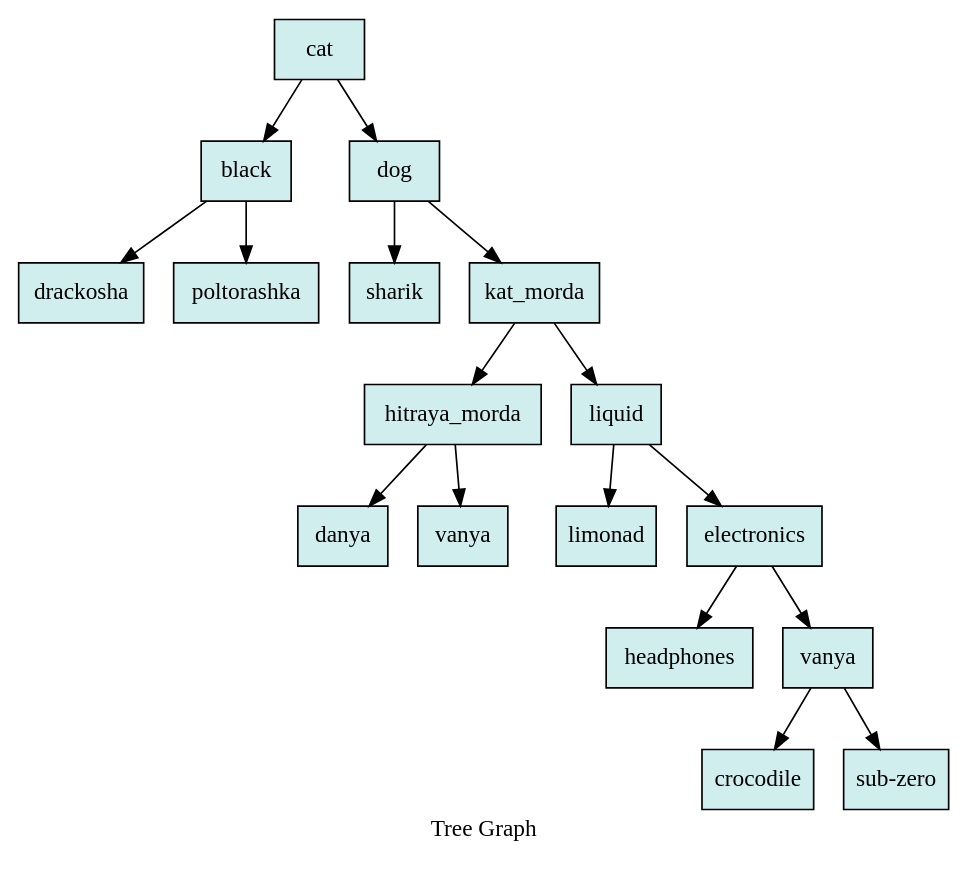
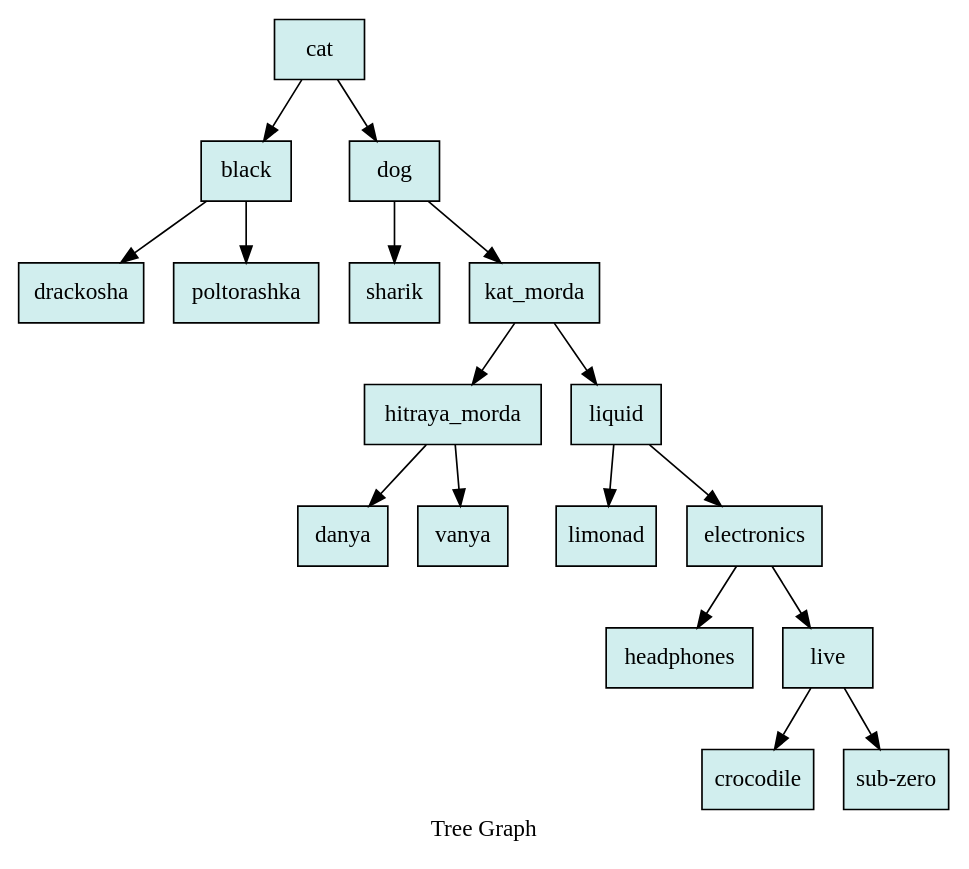
Before and after one commit to StaVan28/iLab: the diagram in 7_akinator/Txt/graph_tree_rls.dot, drawn with Graphviz. The commit also changed 17 other files, not shown here.

```diff
--- a/7_akinator/Txt/graph_tree_rls.dot
+++ b/7_akinator/Txt/graph_tree_rls.dot
@@ -1,75 +1,75 @@
 digraph Tree {
 
 	node [shape = "circle", style = "filled", fillcolor = "red",fontcolor = "#000000", margin = "0.01"];
 	rankdir = "TB";
 
 	label = "Tree Graph";
 
 	"0x4dced70" [shape = "record", fillcolor="lightcyan2", label = "{cat}" ];
 	"0x4dced70"->"0x4dcedf0";
 	"0x4dced70"->"0x4dcef70";
 
 
 	"0x4dcef70" [shape = "record", fillcolor="lightcyan2", label = "{dog}" ];
 	"0x4dcef70"->"0x4dceff0";
 	"0x4dcef70"->"0x4dcf070";
 
 
 	"0x4dcf070" [shape = "record", fillcolor="lightcyan2", label = "{kat_morda}" ];
 	"0x4dcf070"->"0x4dcf0f0";
 	"0x4dcf070"->"0x4dcf270";
 
 
 	"0x4dcf270" [shape = "record", fillcolor="lightcyan2", label = "{liquid}" ];
 	"0x4dcf270"->"0x4dcf2f0";
 	"0x4dcf270"->"0x4dcf370";
 
 
 	"0x4dcf370" [shape = "record", fillcolor="lightcyan2", label = "{electronics}" ];
 	"0x4dcf370"->"0x4dcf3f0";
 	"0x4dcf370"->"0x4dcf470";
 
 
-	"0x4dcf470" [shape = "record", fillcolor="lightcyan2", label = "{vanya}" ];
+	"0x4dcf470" [shape = "record", fillcolor="lightcyan2", label = "{live}" ];
 	"0x4dcf470"->"0x4dcf4f0";
 	"0x4dcf470"->"0x4dcf570";
 
 
 	"0x4dcf570" [shape = "record", fillcolor="lightcyan2", label = "{sub-zero}" ];
 
 
 	"0x4dcf4f0" [shape = "record", fillcolor="lightcyan2", label = "{crocodile}" ];
 
 
 	"0x4dcf3f0" [shape = "record", fillcolor="lightcyan2", label = "{headphones}" ];
 
 
 	"0x4dcf2f0" [shape = "record", fillcolor="lightcyan2", label = "{limonad}" ];
 
 
 	"0x4dcf0f0" [shape = "record", fillcolor="lightcyan2", label = "{hitraya_morda}" ];
 	"0x4dcf0f0"->"0x4dcf170";
 	"0x4dcf0f0"->"0x4dcf1f0";
 
 
 	"0x4dcf1f0" [shape = "record", fillcolor="lightcyan2", label = "{vanya}" ];
 
 
 	"0x4dcf170" [shape = "record", fillcolor="lightcyan2", label = "{danya}" ];
 
 
 	"0x4dceff0" [shape = "record", fillcolor="lightcyan2", label = "{sharik}" ];
 
 
 	"0x4dcedf0" [shape = "record", fillcolor="lightcyan2", label = "{black}" ];
 	"0x4dcedf0"->"0x4dcee70";
 	"0x4dcedf0"->"0x4dceef0";
 
 
 	"0x4dceef0" [shape = "record", fillcolor="lightcyan2", label = "{poltorashka}" ];
 
 
 	"0x4dcee70" [shape = "record", fillcolor="lightcyan2", label = "{drackosha}" ];
 
 
 }
```
